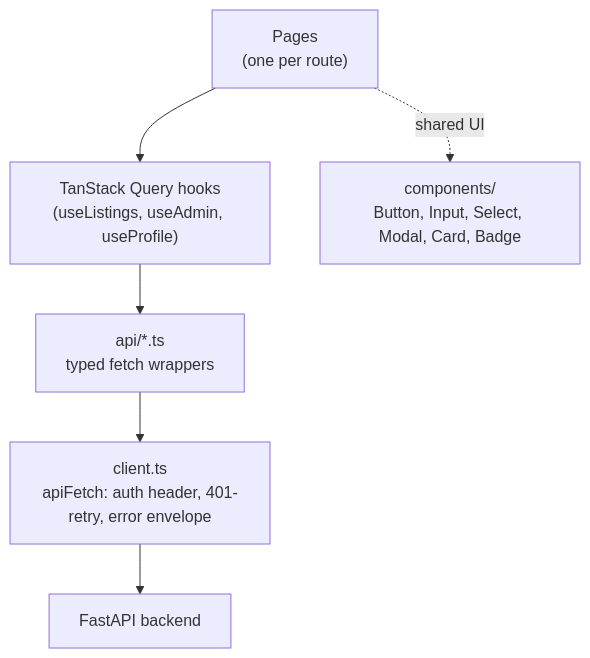
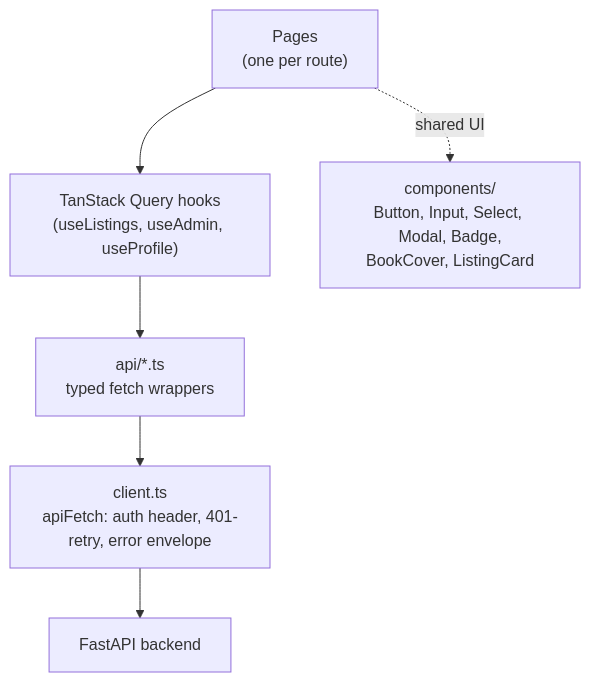
The third of 7 diagrams in README.md (Sneha73685/Punah-Pustak), drawn with Mermaid before and after one commit. The commit also changed 1 other file, not shown here.

Commit message:
docs: update frontend architecture after ui redesign
Replace the removed Card/StatStrip references in docs/frontend.md and
the README architecture diagram with the current component set (book
objects, Modal sheet variant, AdminControls, AuthShell, admin layout
behaviour), add HomePage to the page list, and summarise the token
roles and motion rules in the Styling section.

````diff
--- a/README.md
+++ b/README.md
@@ -137,11 +137,11 @@
 ```mermaid
 flowchart TB
     Pages["Pages<br/>(one per route)"]
     Hooks["TanStack Query hooks<br/>(useListings, useAdmin, useProfile)"]
     ApiClient["api/*.ts<br/>typed fetch wrappers"]
     Client["client.ts<br/>apiFetch: auth header, 401-retry, error envelope"]
     Backend["FastAPI backend"]
 
     Pages --> Hooks --> ApiClient --> Client --> Backend
-    Pages -.->|shared UI| Components["components/<br/>Button, Input, Select, Modal, Card, Badge"]
+    Pages -.->|shared UI| Components["components/<br/>Button, Input, Select, Modal, Badge,<br/>BookCover, ListingCard"]
 ```
````
